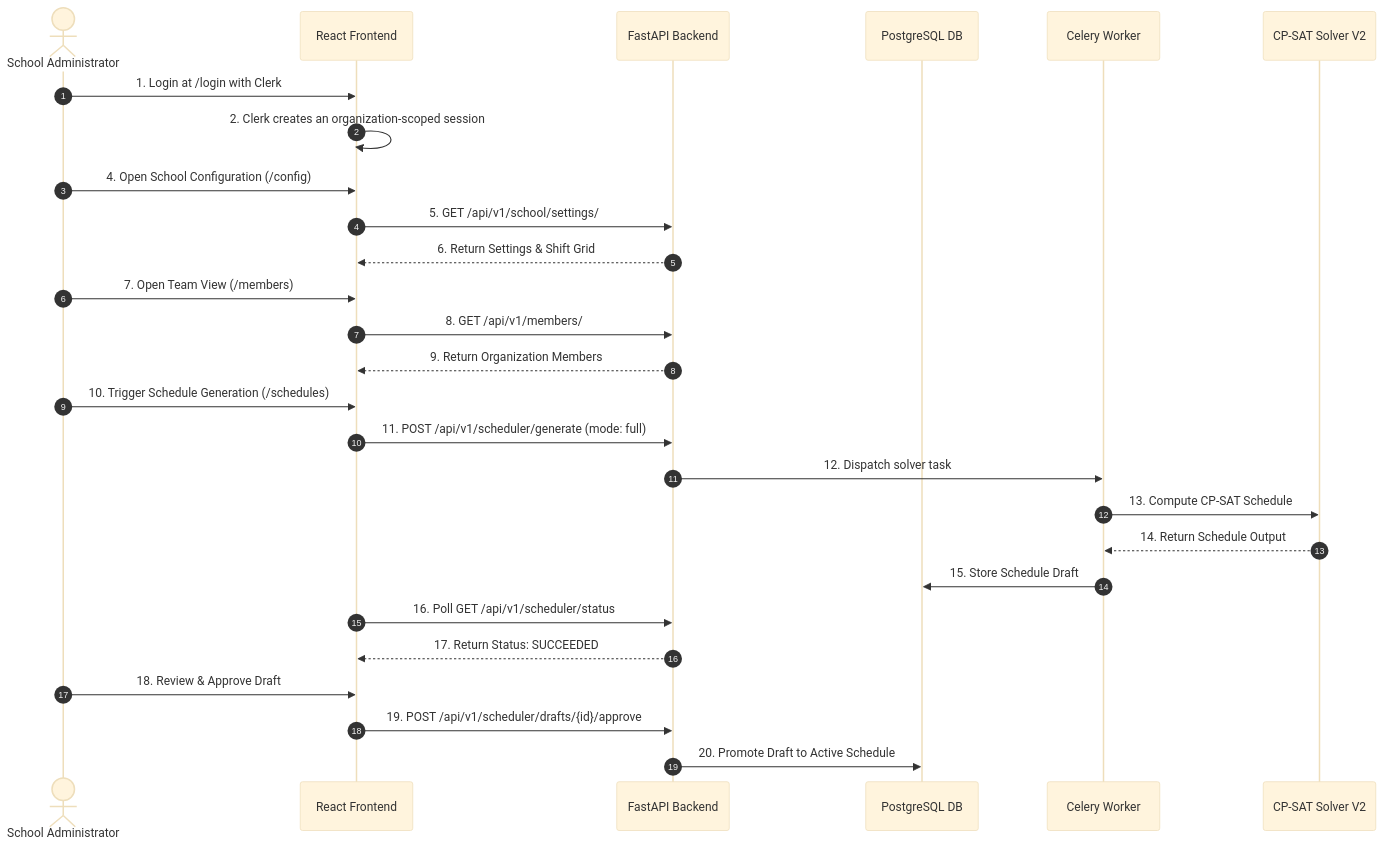
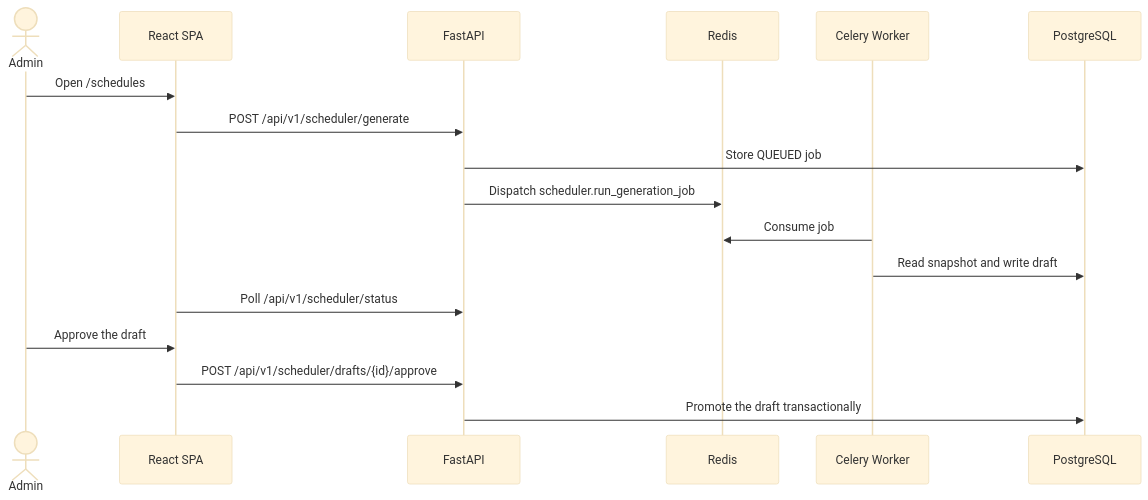
The diagram in documentation/00_getting_started/TECHNICAL_WALKTHROUGH.md (ORIOP25/Cronos), drawn with Mermaid (base theme) before and after one commit. The commit also changed other lines of this file and 41 other files, not shown here.

````diff
--- a/documentation/00_getting_started/TECHNICAL_WALKTHROUGH.md
+++ b/documentation/00_getting_started/TECHNICAL_WALKTHROUGH.md
@@ -14,30 +39,20 @@
 ```mermaid
 sequenceDiagram
-    autonumber
-    actor Admin as School Administrator
-    participant FE as React Frontend
-    participant BE as FastAPI Backend
-    participant DB as PostgreSQL DB
-    participant Celery as Celery Worker
-    participant Solver as CP-SAT Solver V2
+    actor Admin
+    participant FE as React SPA
+    participant API as FastAPI
+    participant Redis
+    participant Worker as Celery Worker
+    participant DB as PostgreSQL
 
-    Admin->>FE: 1. Login at /login with Clerk
-    FE->>FE: 2. Clerk creates an organization-scoped session
-    Admin->>FE: 4. Open School Configuration (/config)
-    FE->>BE: 5. GET /api/v1/school/settings/
-    BE-->>FE: 6. Return Settings & Shift Grid
-    Admin->>FE: 7. Open Team View (/members)
-    FE->>BE: 8. GET /api/v1/members/
-    BE-->>FE: 9. Return Organization Members
-    Admin->>FE: 10. Trigger Schedule Generation (/schedules)
-    FE->>BE: 11. POST /api/v1/scheduler/generate (mode: full)
-    BE->>Celery: 12. Dispatch solver task
-    Celery->>Solver: 13. Compute CP-SAT Schedule
-    Solver-->>Celery: 14. Return Schedule Output
-    Celery->>DB: 15. Store Schedule Draft
-    FE->>BE: 16. Poll GET /api/v1/scheduler/status
-    BE-->>FE: 17. Return Status: SUCCEEDED
-    Admin->>FE: 18. Review & Approve Draft
-    FE->>BE: 19. POST /api/v1/scheduler/drafts/{id}/approve
-    BE->>DB: 20. Promote Draft to Active Schedule
+    Admin->>FE: Open /schedules
+    FE->>API: POST /api/v1/scheduler/generate
+    API->>DB: Store QUEUED job
+    API->>Redis: Dispatch scheduler.run_generation_job
+    Worker->>Redis: Consume job
+    Worker->>DB: Read snapshot and write draft
+    FE->>API: Poll /api/v1/scheduler/status
+    Admin->>FE: Approve the draft
+    FE->>API: POST /api/v1/scheduler/drafts/{id}/approve
+    API->>DB: Promote the draft transactionally
 ```
````
